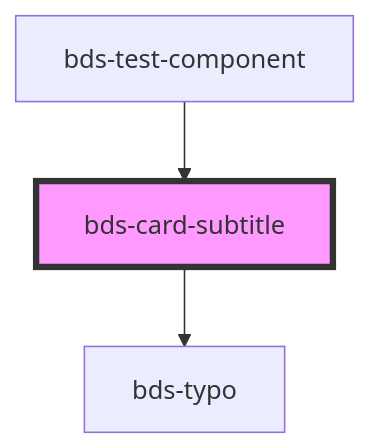
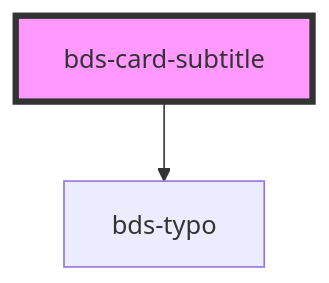
Before and after one commit to takenet/blip-ds: the diagram in src/components/card/card-subtitle/readme.md, drawn with Mermaid. The commit also changed other lines of this file and 15 other files, not shown here.

````diff
--- a/src/components/card/card-subtitle/readme.md
+++ b/src/components/card/card-subtitle/readme.md
@@ -26,6 +22,5 @@
 ```mermaid
 graph TD;
   bds-card-subtitle --> bds-typo
-  bds-test-component --> bds-card-subtitle
   style bds-card-subtitle fill:#f9f,stroke:#333,stroke-width:4px
 ```
````
